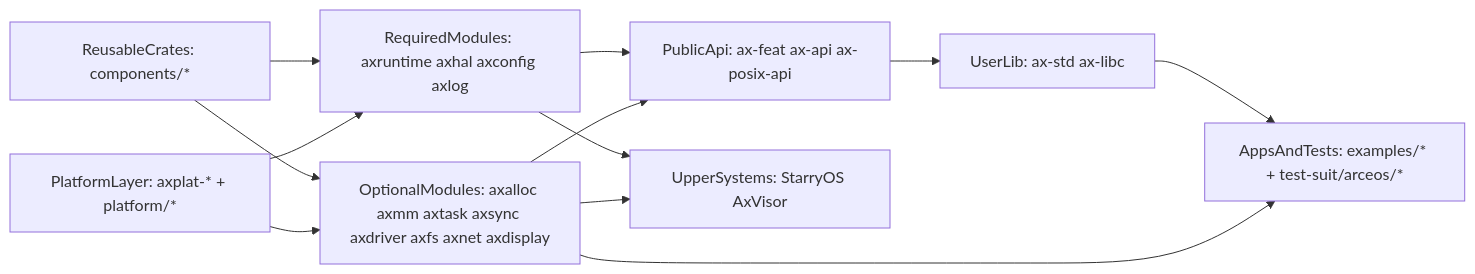
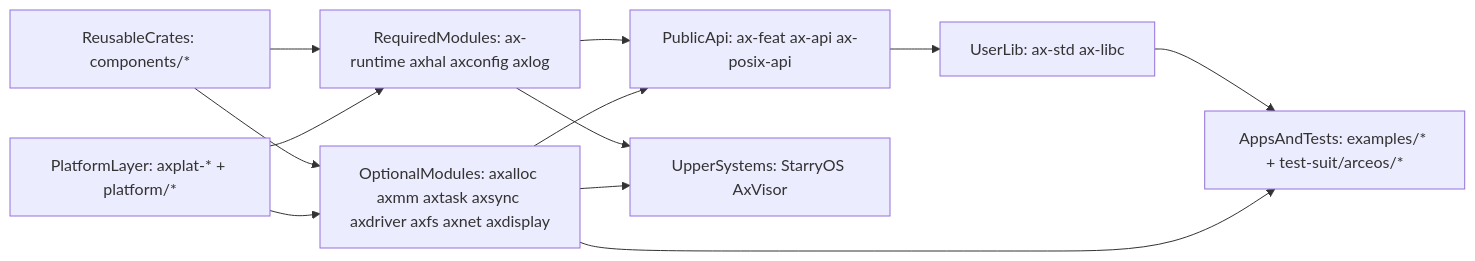
The first of 5 diagrams in docs/arceos-internals.md (zKurisu/tgoskits), drawn with Mermaid before and after one commit. The commit also changed other lines of this file and 69 other files, not shown here.

Commit message:
rename axruntime to ax-runtime

````diff
--- a/docs/arceos-internals.md
+++ b/docs/arceos-internals.md
@@ -36,23 +36,23 @@
 ```mermaid
 flowchart LR
     reusableCrates["ReusableCrates: components/*"]
     platformLayer["PlatformLayer: axplat-* + platform/*"]
-    requiredModules["RequiredModules: axruntime axhal axconfig axlog"]
+    requiredModules["RequiredModules: ax-runtime axhal axconfig axlog"]
     optionalModules["OptionalModules: axalloc axmm axtask axsync axdriver axfs axnet axdisplay"]
     publicApi["PublicApi: ax-feat ax-api ax-posix-api"]
     userLib["UserLib: ax-std ax-libc"]
     appsAndTests["AppsAndTests: examples/* + test-suit/arceos/*"]
     upperSystems["UpperSystems: StarryOS AxVisor"]
 
     reusableCrates --> requiredModules
     reusableCrates --> optionalModules
     platformLayer --> requiredModules
     platformLayer --> optionalModules
     requiredModules --> publicApi
     optionalModules --> publicApi
     publicApi --> userLib
     userLib --> appsAndTests
     optionalModules --> appsAndTests
     requiredModules --> upperSystems
     optionalModules --> upperSystems
 ```
````
